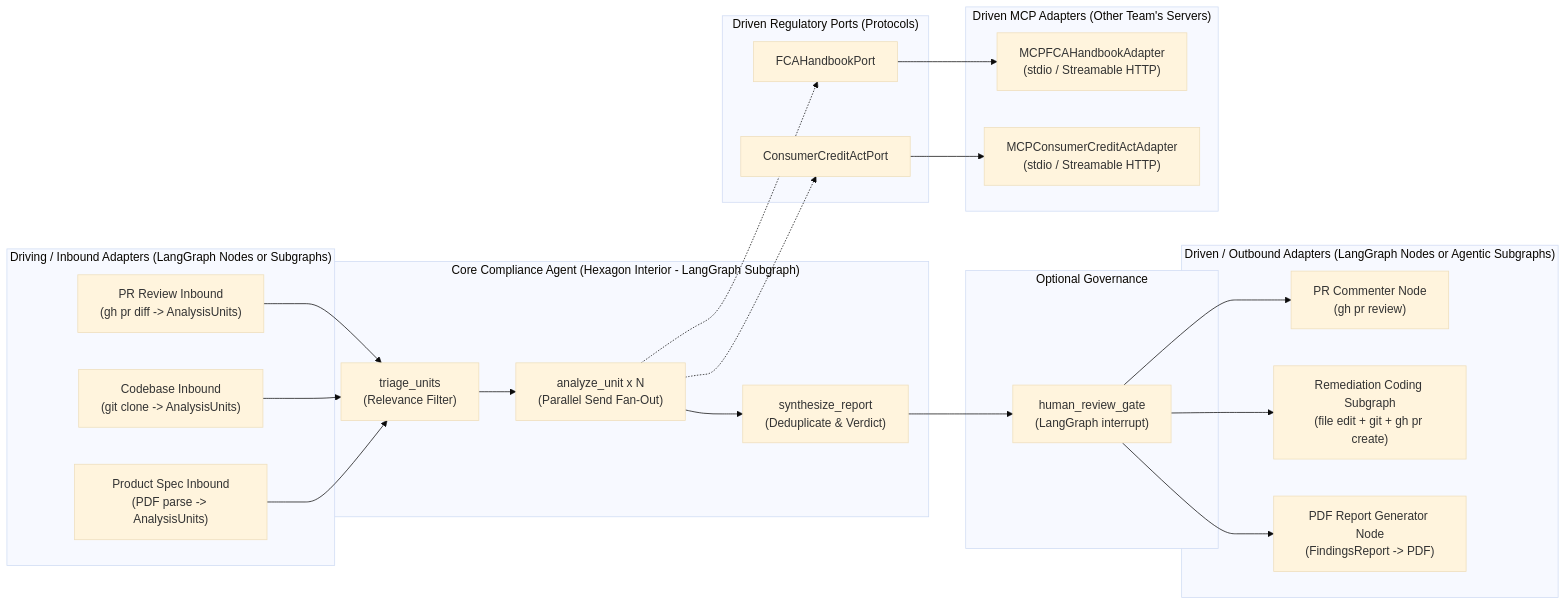
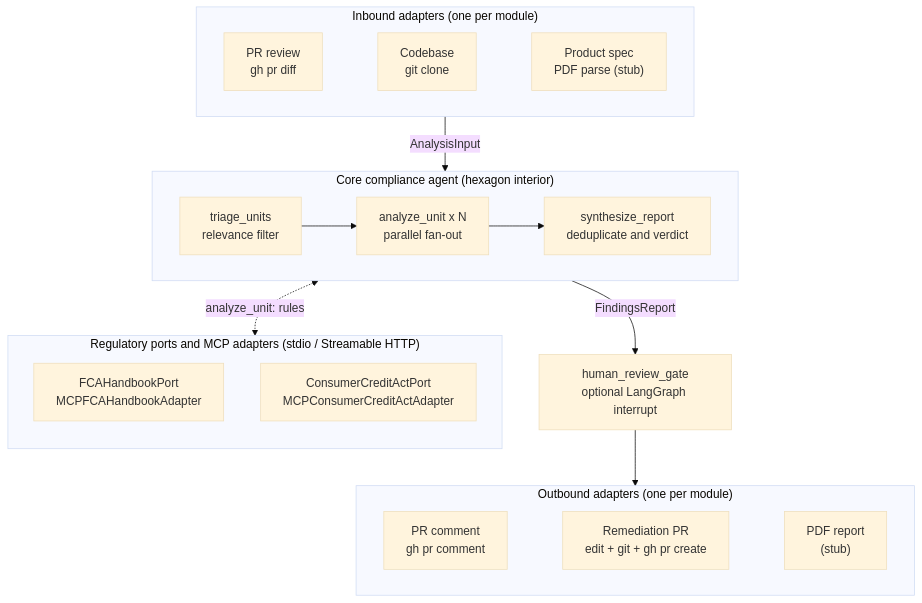
The first of 4 diagrams in 04_fca_compliance_agent/ARCHITECTURE.md (langchain-samples/fsi-hackathon-london-2026), drawn with Mermaid (base theme) before and after one commit. The commit also changed other lines of this file, not shown here.

First line of the commit message:
docs(04): make the architecture diagrams readable and match them to main

````diff
--- a/04_fca_compliance_agent/ARCHITECTURE.md
+++ b/04_fca_compliance_agent/ARCHITECTURE.md
@@ -38,47 +38,36 @@
 ```mermaid
-flowchart LR
-    subgraph Driving["Driving / Inbound Adapters (LangGraph Nodes or Subgraphs)"]
-        IN_PR["PR Review Inbound\n(gh pr diff -> AnalysisUnits)"]
-        IN_REPO["Codebase Inbound\n(git clone -> AnalysisUnits)"]
-        IN_PDF["Product Spec Inbound\n(PDF parse -> AnalysisUnits)"]
+flowchart TB
+    subgraph Driving["Inbound adapters (one per module)"]
+        direction LR
+        IN_PR["PR review<br/>gh pr diff"]
+        IN_REPO["Codebase<br/>git clone"]
+        IN_PDF["Product spec<br/>PDF parse (stub)"]
+        IN_PR ~~~ IN_REPO ~~~ IN_PDF
     end
 
-    subgraph Hexagon["Core Compliance Agent (Hexagon Interior - LangGraph Subgraph)"]
-        TRIAGE["triage_units\n(Relevance Filter)"]
-        ANALYZE["analyze_unit x N\n(Parallel Send Fan-Out)"]
-        SYNTH["synthesize_report\n(Deduplicate & Verdict)"]
-        TRIAGE --> ANALYZE --> SYNTH
+    subgraph Hexagon["Core compliance agent (hexagon interior)"]
+        direction LR
+        TRIAGE["triage_units<br/>relevance filter"] --> ANALYZE["analyze_unit x N<br/>parallel fan-out"] --> SYNTH["synthesize_report<br/>deduplicate and verdict"]
     end
 
-    subgraph Gate["Optional Governance"]
-        HITL["human_review_gate\n(LangGraph interrupt)"]
+    HITL["human_review_gate<br/>optional LangGraph interrupt"]
+
+    subgraph Outbound["Outbound adapters (one per module)"]
+        direction LR
+        OUT_PR["PR comment<br/>gh pr comment"]
+        OUT_REPO["Remediation PR<br/>edit + git + gh pr create"]
+        OUT_PDF["PDF report<br/>(stub)"]
+        OUT_PR ~~~ OUT_REPO ~~~ OUT_PDF
     end
 
-    subgraph RegPorts["Driven Regulatory Ports (Protocols)"]
-        P_FCA["FCAHandbookPort"]
-        P_CCA["ConsumerCreditActPort"]
+    subgraph Regulatory["Regulatory ports and MCP adapters (stdio / Streamable HTTP)"]
+        direction TB
+        FCA["FCAHandbookPort<br/>MCPFCAHandbookAdapter"]
+        CCA["ConsumerCreditActPort<br/>MCPConsumerCreditActAdapter"]
     end
 
-    subgraph MCPAdapters["Driven MCP Adapters (Other Team's Servers)"]
-        M_FCA["MCPFCAHandbookAdapter\n(stdio / Streamable HTTP)"]
-        M_CCA["MCPConsumerCreditActAdapter\n(stdio / Streamable HTTP)"]
-    end
-
-    subgraph Outbound["Driven / Outbound Adapters (LangGraph Nodes or Agentic Subgraphs)"]
-        OUT_PR["PR Commenter Node\n(gh pr review)"]
-        OUT_REPO["Remediation Coding Subgraph\n(file edit + git + gh pr create)"]
-        OUT_PDF["PDF Report Generator Node\n(FindingsReport -> PDF)"]
-    end
-
-    IN_PR --> TRIAGE
-    IN_REPO --> TRIAGE
-    IN_PDF --> TRIAGE
-
-    ANALYZE -.-> P_FCA --> M_FCA
-    ANALYZE -.-> P_CCA --> M_CCA
-
-    SYNTH --> HITL
-    HITL --> OUT_PR
-    HITL --> OUT_REPO
-    HITL --> OUT_PDF
+    Driving -->|AnalysisInput| Hexagon
+    Hexagon -->|FindingsReport| HITL
+    HITL --> Outbound
+    Hexagon <-.->|"analyze_unit: rules"| Regulatory
 ```
````
